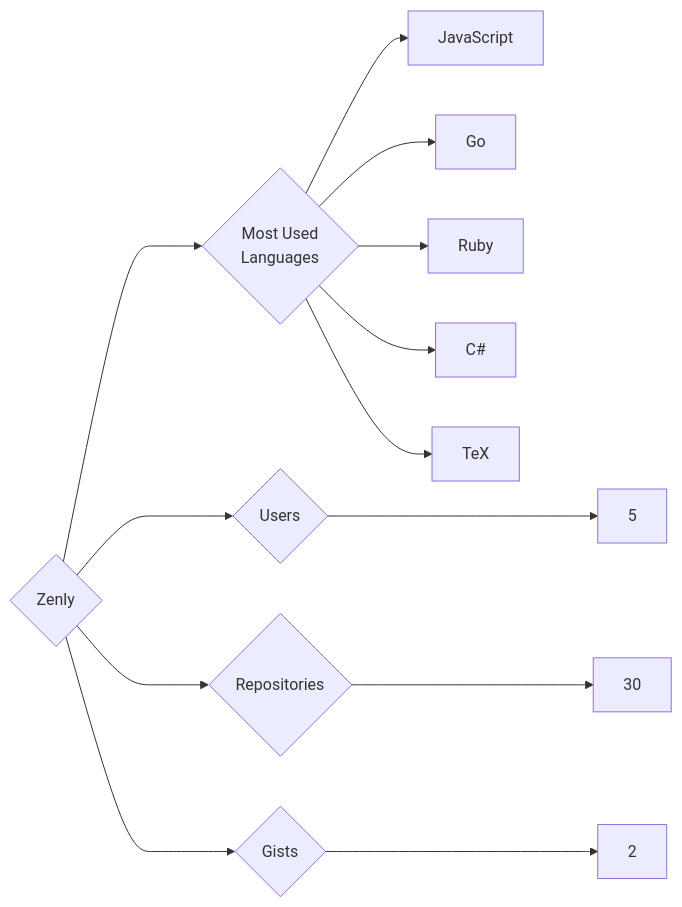
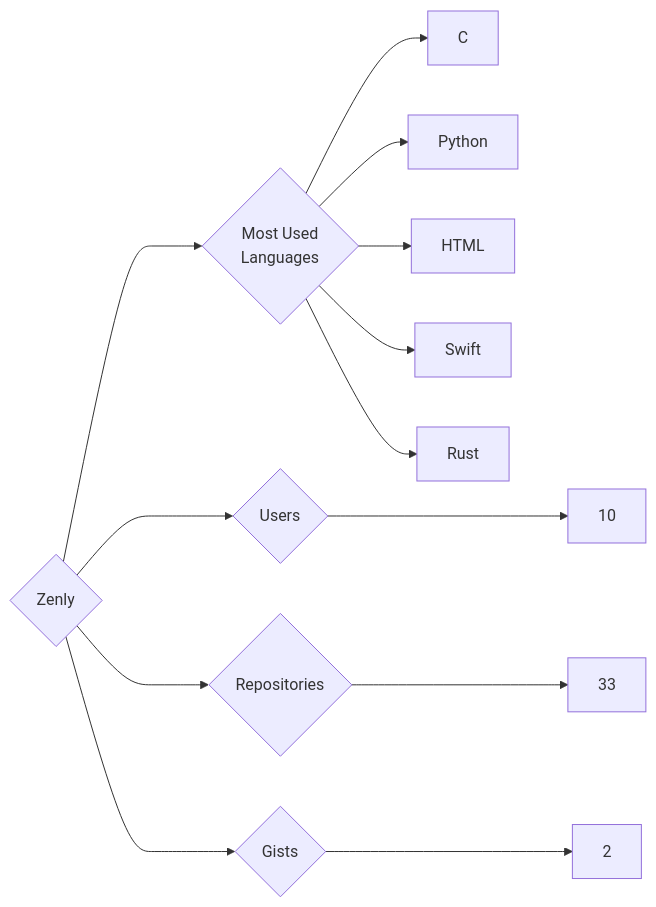
The diagram in targets/Zenly/README.md (trickest/insiders), drawn with Mermaid before and after one commit. The commit also changed 794 other files, not shown here.

````diff
--- a/targets/Zenly/README.md
+++ b/targets/Zenly/README.md
@@ -3,13 +3,13 @@
 ```mermaid
 graph LR
 COMPANY_NAME{Zenly}
-COMPANY_NAME ---> U{Users} ---> UN[5]
-COMPANY_NAME ---> R{Repositories} ---> RN[30]
+COMPANY_NAME ---> U{Users} ---> UN[10]
+COMPANY_NAME ---> R{Repositories} ---> RN[33]
 COMPANY_NAME ---> G{Gists} ---> GN[2]
 COMPANY_NAME ---> ML{Most Used<br>Languages}
-ML --> JavaScript[JavaScript]
-ML --> Go[Go]
-ML --> Ruby[Ruby]
-ML --> C#[C#]
-ML --> TeX[TeX]
+ML --> C[C]
+ML --> Python[Python]
+ML --> HTML[HTML]
+ML --> Swift[Swift]
+ML --> Rust[Rust]
 ```
````
